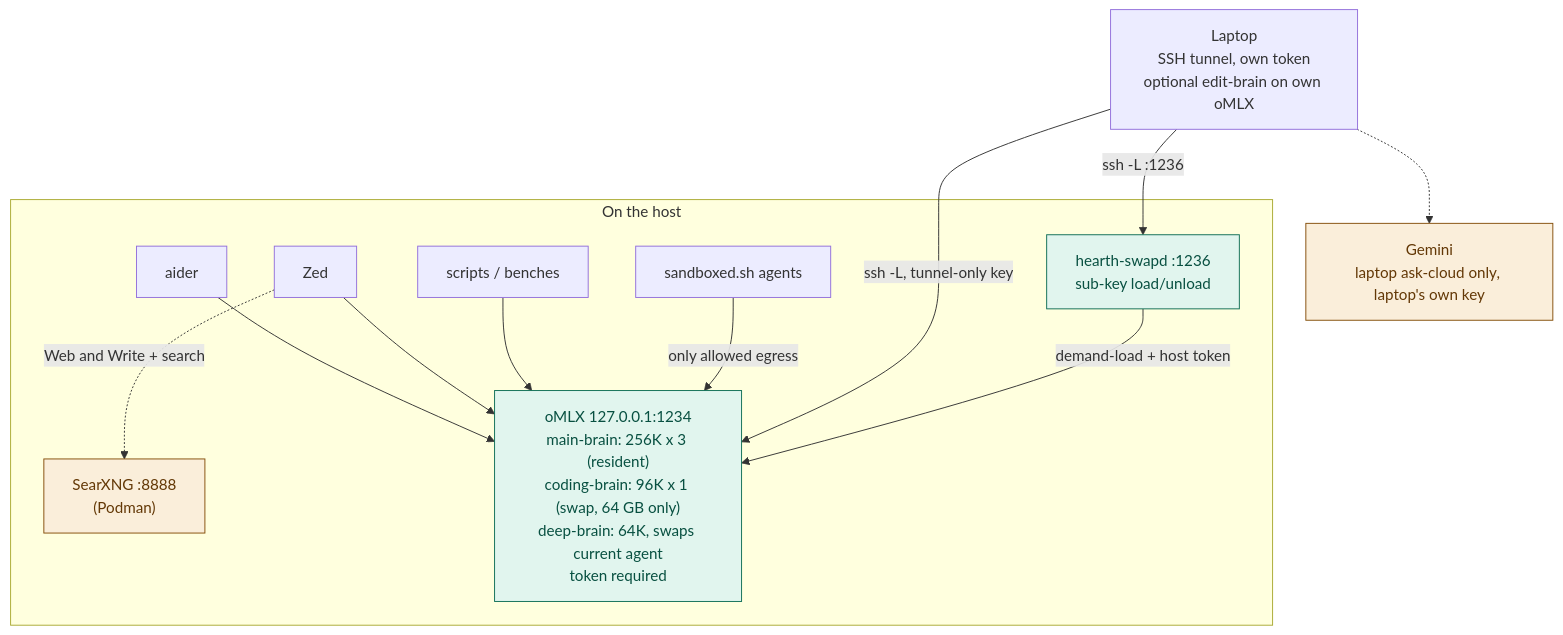
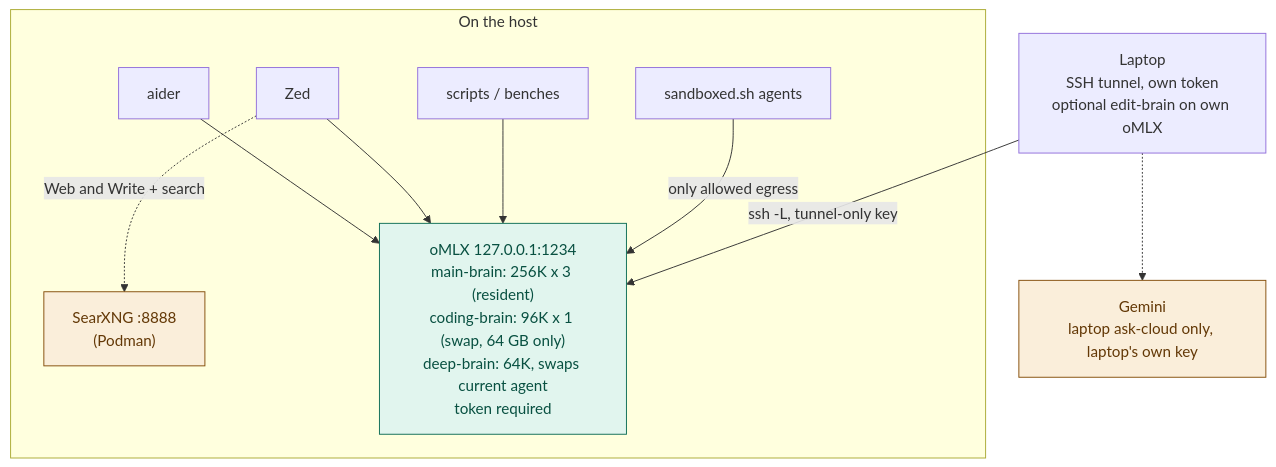
One commit to ouster/hearth changed the first of 2 diagrams in docs/ARCHITECTURE.md. Above: the diagram before and after it, drawn with Mermaid. The commit also changed other lines of this file and 28 other files, not shown here.

````diff
--- a/docs/ARCHITECTURE.md
+++ b/docs/ARCHITECTURE.md
@@ -10,30 +10,27 @@
 ```mermaid
 flowchart TB
     subgraph onHost["On the host"]
         aider["aider"]
         zed["Zed"]
         scripts["scripts / benches"]
         searx["SearXNG :8888<br/>(Podman)"]
         sbx["sandboxed.sh agents"]
         srv["oMLX 127.0.0.1:1234<br/>main-brain: 256K x 3 (resident)<br/>coding-brain: 96K x 1 (swap, 64 GB only)<br/>deep-brain: 64K, swaps current agent<br/>token required"]
-        swapd["hearth-swapd :1236<br/>sub-key load/unload"]
     end
 
     laptop["Laptop<br/>SSH tunnel, own token<br/>optional edit-brain on own oMLX"]
     cloud["Gemini<br/>laptop ask-cloud only, laptop's own key"]
 
     aider --> srv
     zed --> srv
     scripts --> srv
     zed -.->|"Web and Write + search"| searx
     sbx -->|"only allowed egress"| srv
     laptop -->|"ssh -L, tunnel-only key"| srv
-    laptop -->|"ssh -L :1236"| swapd
-    swapd -->|"demand-load + host token"| srv
     laptop -.-> cloud
 
     classDef localCls fill:#E1F5EE,stroke:#0F6E56,color:#085041
     classDef leaveCls fill:#FAEEDA,stroke:#854F0B,color:#633806
-    class srv,swapd localCls
+    class srv localCls
     class cloud,searx leaveCls
 ```
````
